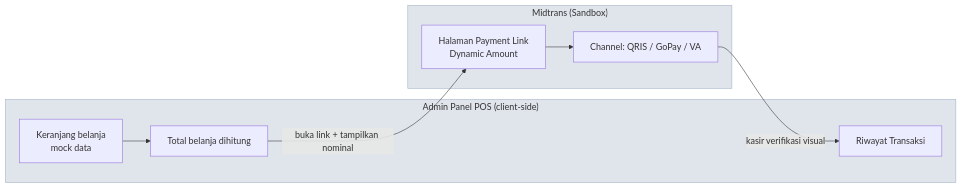
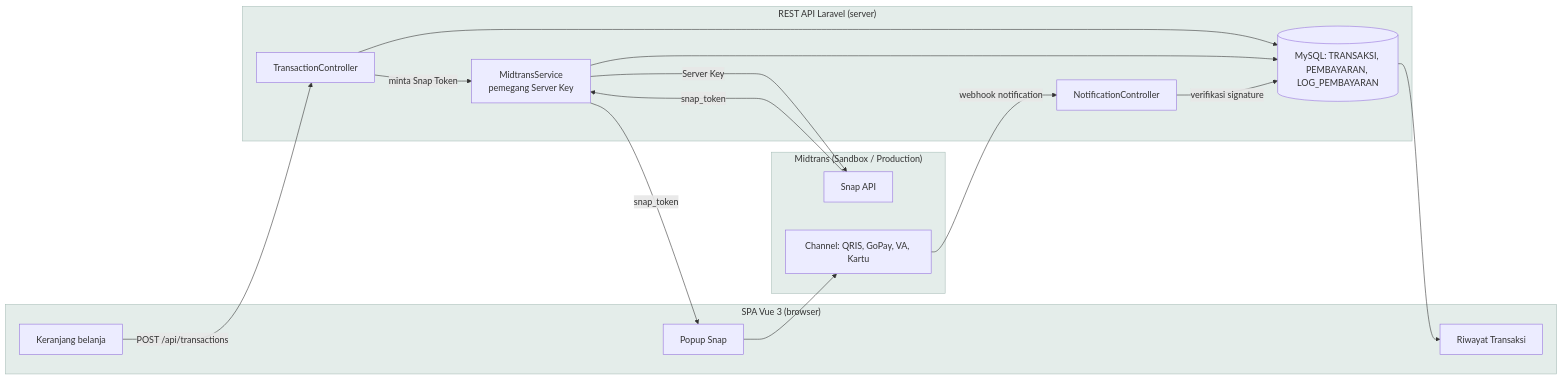
The sixth of 6 diagrams in docs/PERANCANGAN.md (gedcodes/pemrograman-web2), drawn with Mermaid before and after one commit. The commit also changed other lines of this file and 210 other files, not shown here.

````diff
--- a/docs/PERANCANGAN.md
+++ b/docs/PERANCANGAN.md
@@ -364,21 +383,36 @@
 ```mermaid
 flowchart LR
-    subgraph CLIENT["Admin Panel POS (client-side)"]
-        A[Keranjang belanja<br/>mock data]
-        B[Total belanja dihitung]
+    subgraph FE["SPA Vue 3 (browser)"]
+        A[Keranjang belanja]
+        B[Popup Snap]
         C[Riwayat Transaksi]
     end
 
-    subgraph MT["Midtrans (Sandbox)"]
-        D[Halaman Payment Link<br/>Dynamic Amount]
-        E[Channel: QRIS / GoPay / VA]
+    subgraph BE["REST API Laravel (server)"]
+        D[TransactionController]
+        E[MidtransService<br/>pemegang Server Key]
+        F[(MySQL: TRANSAKSI, PEMBAYARAN, LOG_PEMBAYARAN)]
+        G[NotificationController]
     end
 
-    A --> B
-    B -->|buka link + tampilkan nominal| D
-    D --> E
-    E -->|kasir verifikasi visual| C
+    subgraph MT["Midtrans (Sandbox / Production)"]
+        H[Snap API]
+        I[Channel: QRIS, GoPay, VA, Kartu]
+    end
 
-    style CLIENT fill:#E0E5EC,stroke:#A3B1C6
-    style MT fill:#E0E5EC,stroke:#A3B1C6
+    A -->|POST /api/transactions| D
+    D --> F
+    D -->|minta Snap Token| E
+    E -->|Server Key| H
+    H -->|snap_token| E
+    E --> F
+    E -->|snap_token| B
+    B --> I
+    I -->|webhook notification| G
+    G -->|verifikasi signature| F
+    F --> C
+
+    style FE fill:#E4EDEA,stroke:#A8BEB8
+    style BE fill:#E4EDEA,stroke:#A8BEB8
+    style MT fill:#E4EDEA,stroke:#A8BEB8
 ```
````
